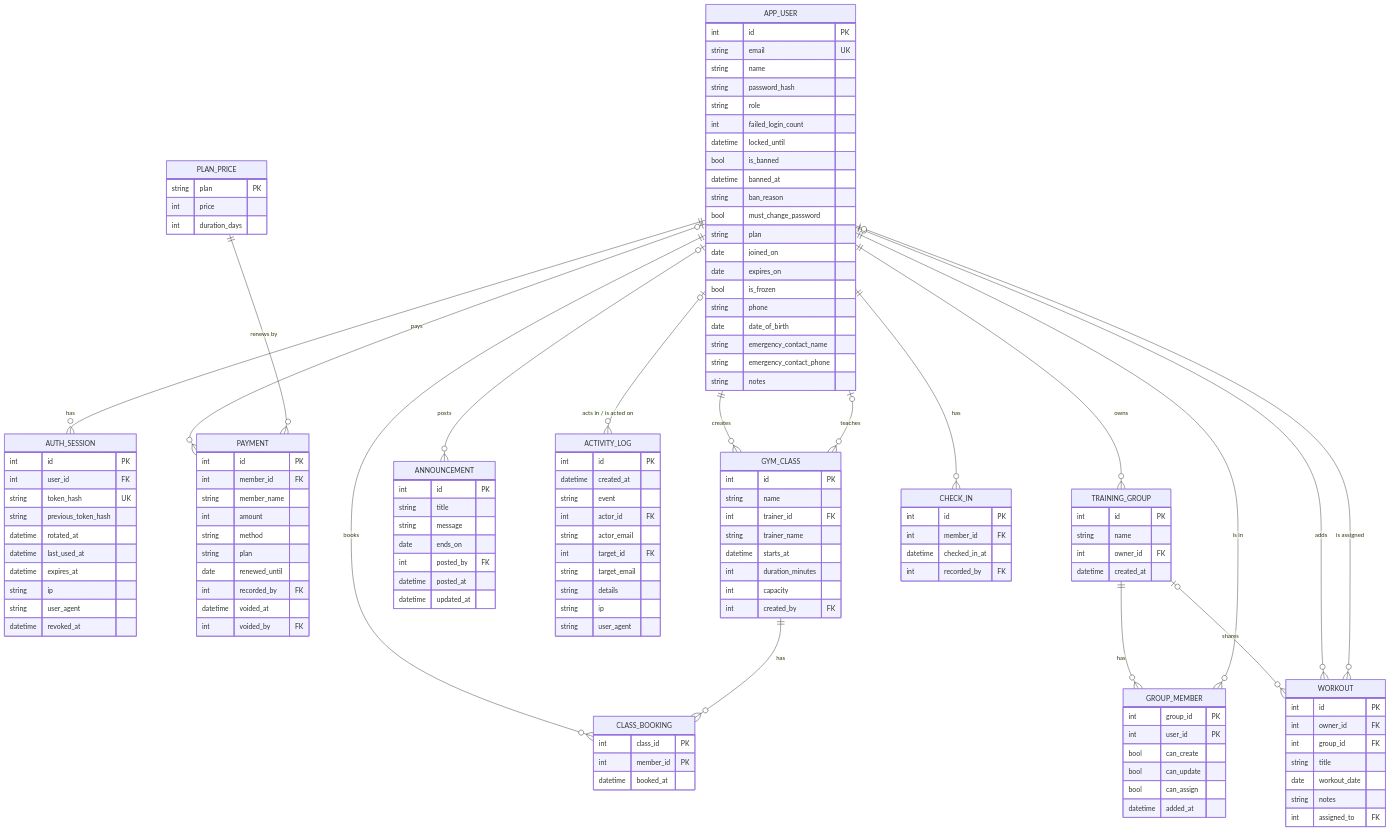
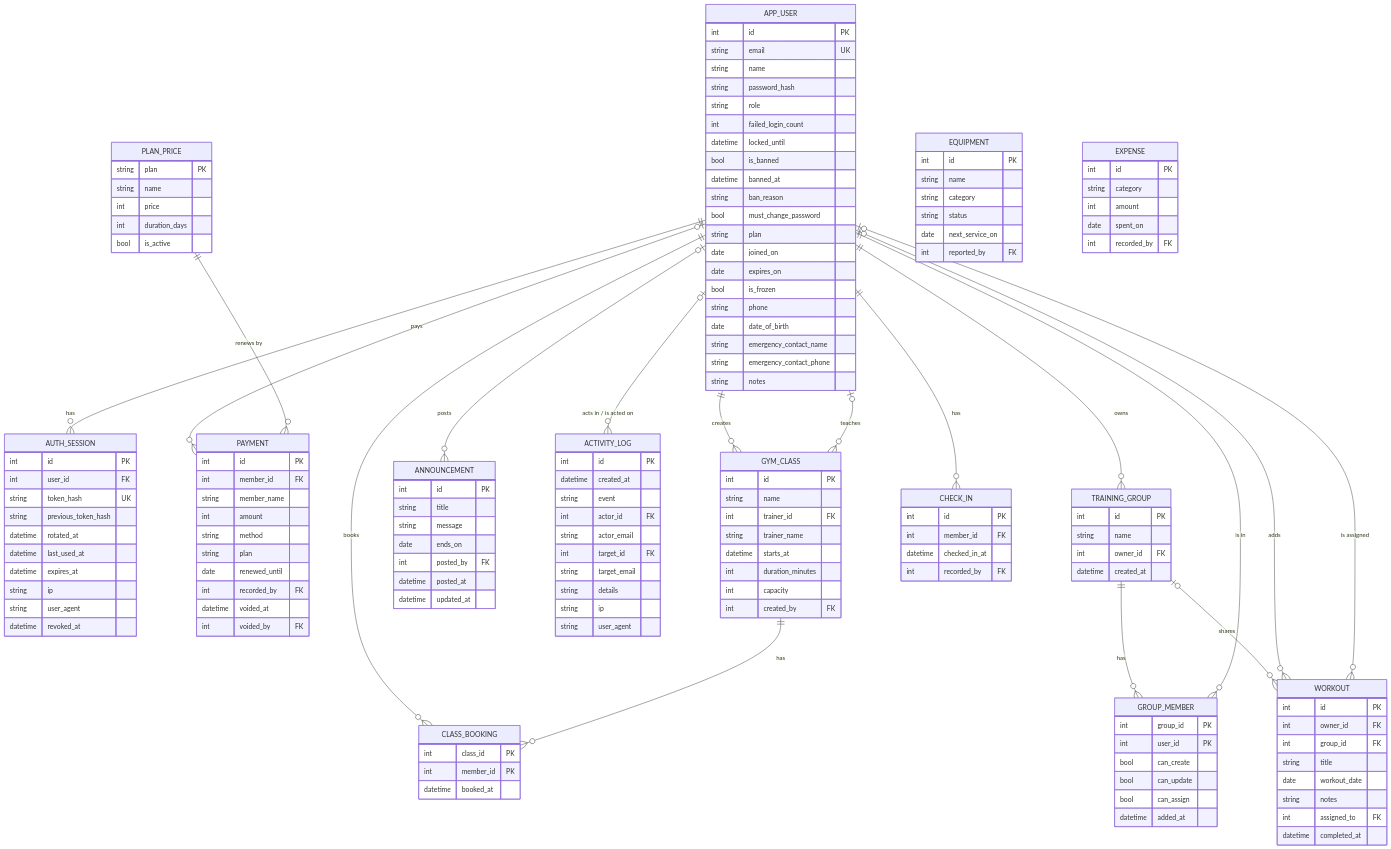
The sixth of 7 diagrams in docs/03-tdd.md (TanvirMahmudTushar/gym-buddy), drawn with Mermaid before and after one commit. The commit also changed other lines of this file and 124 other files, not shown here.

````diff
--- a/docs/03-tdd.md
+++ b/docs/03-tdd.md
@@ -474,8 +490,10 @@
     }
     PLAN_PRICE {
         string plan PK
+        string name
         int price
         int duration_days
+        bool is_active
     }
     PAYMENT {
         int id PK
@@ -565,5 +583,21 @@
         date workout_date
         string notes
         int assigned_to FK
+        datetime completed_at
+    }
+    EQUIPMENT {
+        int id PK
+        string name
+        string category
+        string status
+        date next_service_on
+        int reported_by FK
+    }
+    EXPENSE {
+        int id PK
+        string category
+        int amount
+        date spent_on
+        int recorded_by FK
     }
 ```
````
